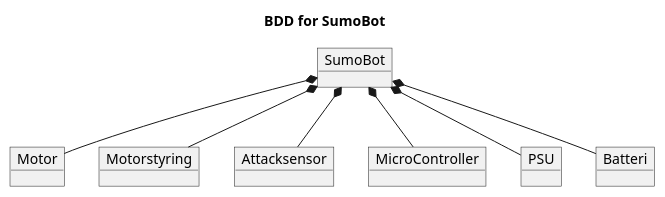
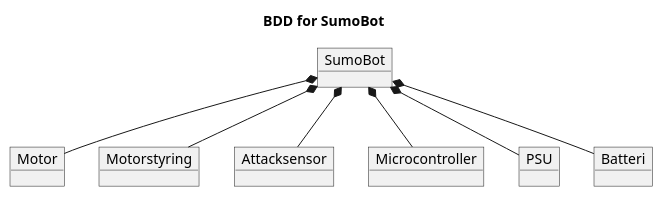
The diagram in Diagrammer/SumoBot/SumoBot_Bdd/SumoBot.puml (Solvgraa-mager/E3PRJ3), drawn with PlantUML before and after one commit. The commit also changed 1 other file, not shown here.

```diff
--- a/Diagrammer/SumoBot/SumoBot_Bdd/SumoBot.puml
+++ b/Diagrammer/SumoBot/SumoBot_Bdd/SumoBot.puml
@@ -1,21 +1,21 @@
 @startuml
 skinparam BackgroundColor transparent
 
 title BDD for SumoBot
 
 object "SumoBot" as SumoBot
 object "Motor" as Motor
 object "Motorstyring" as Motorstyring
 object "Attacksensor" as attacksensor
-object "MicroController" as MC
+object "Microcontroller" as MC
 object "PSU" as PSU
 object "Batteri" as Batteri
 
 SumoBot *-- Motor
 SumoBot *-- Batteri
 SumoBot *-- MC
 SumoBot *-- Motorstyring
 SumoBot *-- PSU
 SumoBot *-- attacksensor
 
 @enduml
```
